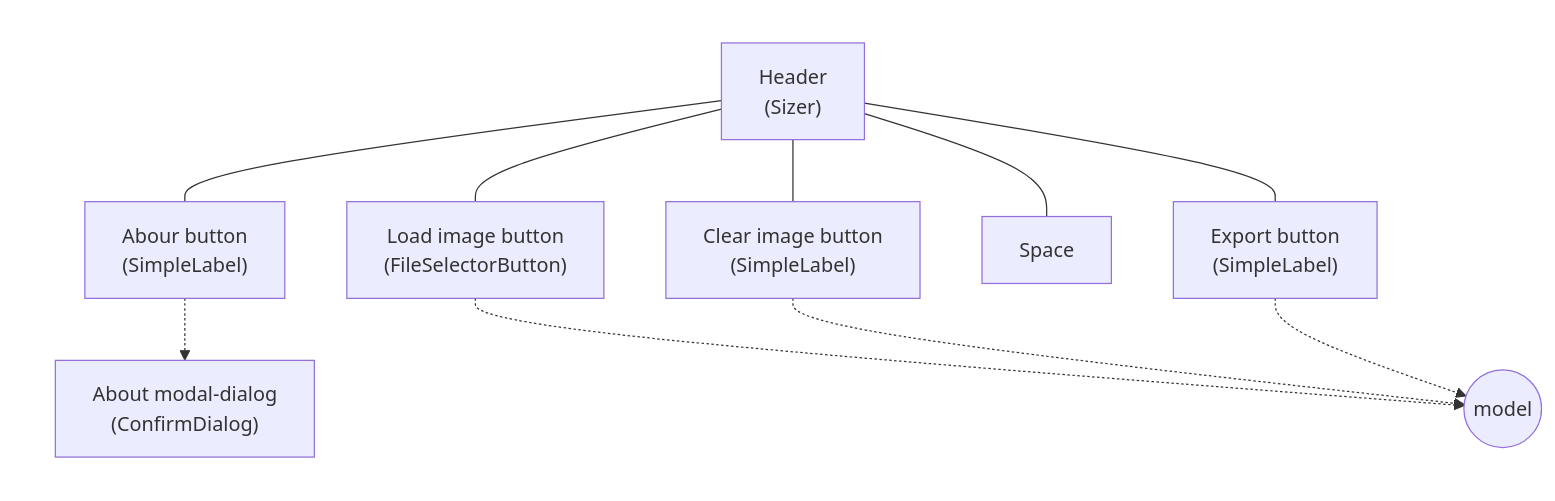
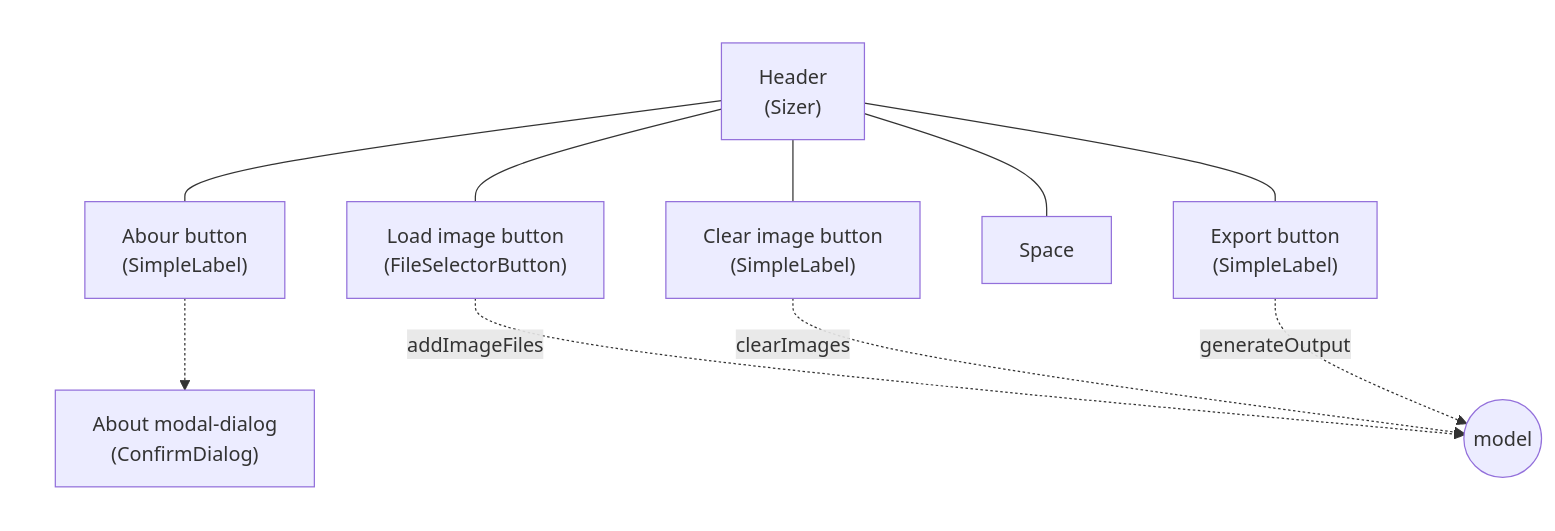
One commit to rexrainbow/phaser3-rex-playground changed the third of 4 diagrams in projects/atlas-packer/readme.md. Above: the diagram before and after it, drawn with Mermaid. The commit also changed other lines of this file, not shown here.

````diff
--- a/projects/atlas-packer/readme.md
+++ b/projects/atlas-packer/readme.md
@@ -57,22 +57,22 @@
 ```mermaid
 graph TD
 
 subgraph ui
   HeaderPanel["Header<br>(Sizer)"]
   HeaderPanel --- LoadImageFilesButton["Load image button<br>(FileSelectorButton)"]
   HeaderPanel --- ClearImagesButton["Clear image button<br>(SimpleLabel)"]
   HeaderPanel --- ExportButton["Export button<br>(SimpleLabel)"]
   HeaderPanel --- Space0["Space"]
   HeaderPanel --- AboutButton["Abour button<br>(SimpleLabel)"]
   AboutButton -.-> AboutModalDialog["About modal-dialog<br>(ConfirmDialog)"]
 end
 
 style ui color:transparent
 style ui fill:transparent
 style ui stroke:transparent
 
 model((model))
-LoadImageFilesButton -.-> model
-ClearImagesButton -.-> model
-ExportButton -.-> model
+LoadImageFilesButton -.-> |addImageFiles| model
+ClearImagesButton -.-> |clearImages| model
+ExportButton -.-> |generateOutput| model
 ```
````
